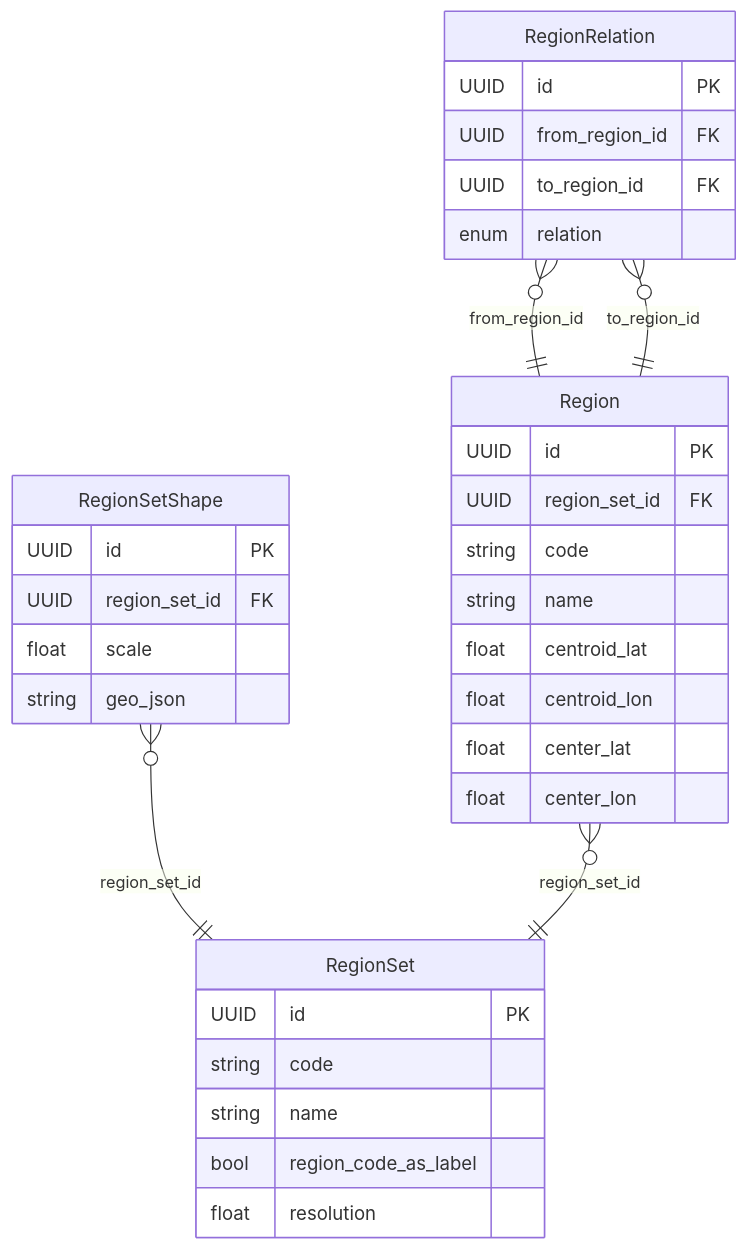
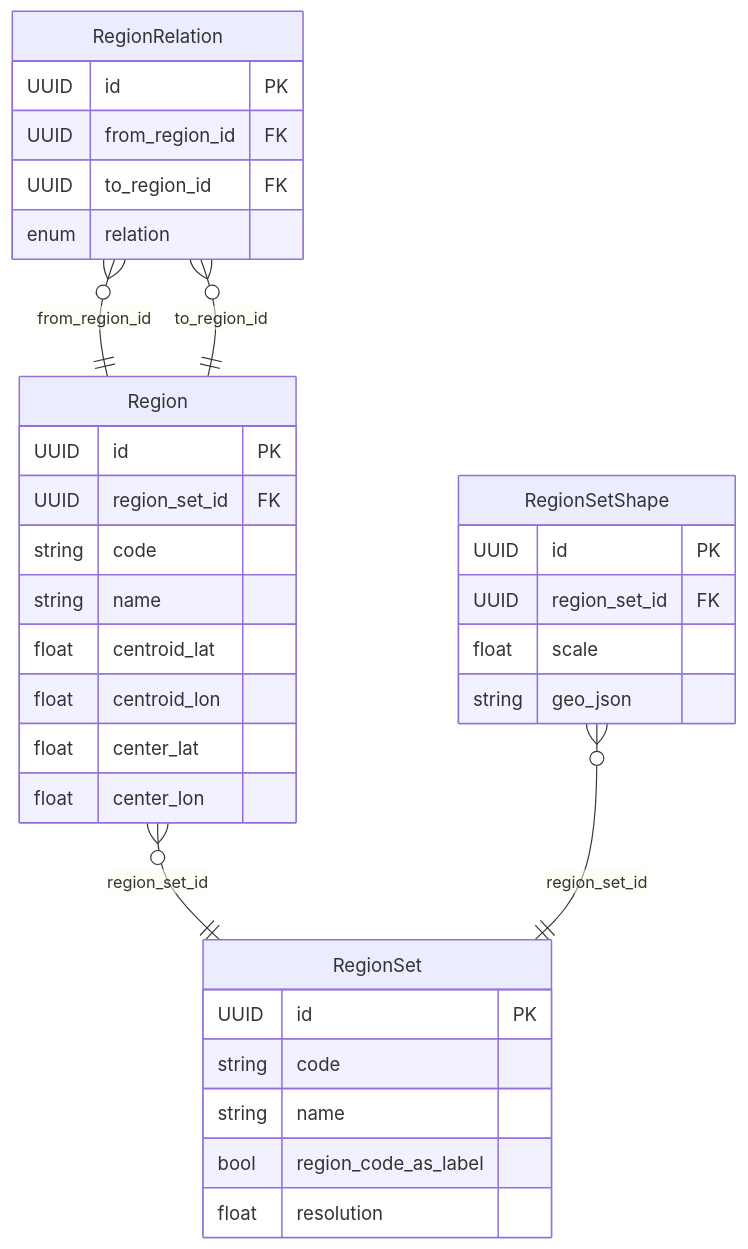
Before and after one commit to RIVM-bioinformatics/gen-epix-api: the diagram in docs/erm/casedb.geo.detailed.md, drawn with Mermaid. The commit also changed other lines of this file and 40 other files, not shown here.

Commit message:
refactor: commondb config parsing (type verification) expanded chore: regenerated ERM diagrams

````diff
--- a/docs/erm/casedb.geo.detailed.md
+++ b/docs/erm/casedb.geo.detailed.md
@@ -5,45 +5,45 @@
 ```mermaid
 erDiagram
     %% casedb / GEO (detailed)
 
     %% Relationships
+    Region }o--|| RegionSet : "region_set_id"
     RegionSetShape }o--|| RegionSet : "region_set_id"
     RegionRelation }o--|| Region : "from_region_id"
     RegionRelation }o--|| Region : "to_region_id"
-    Region }o--|| RegionSet : "region_set_id"
 
     %% Entity definitions
+    Region {
+        UUID id PK
+        UUID region_set_id FK
+        string code
+        string name
+        float centroid_lat
+        float centroid_lon
+        float center_lat
+        float center_lon
+    }
+
     RegionSet {
         UUID id PK
         string code
         string name
         bool region_code_as_label
         float resolution
     }
 
     RegionSetShape {
         UUID id PK
         UUID region_set_id FK
         float scale
         string geo_json
     }
 
     RegionRelation {
         UUID id PK
         UUID from_region_id FK
         UUID to_region_id FK
         enum relation
     }
 
-    Region {
-        UUID id PK
-        UUID region_set_id FK
-        string code
-        string name
-        float centroid_lat
-        float centroid_lon
-        float center_lat
-        float center_lon
-    }
-
 ```
````
